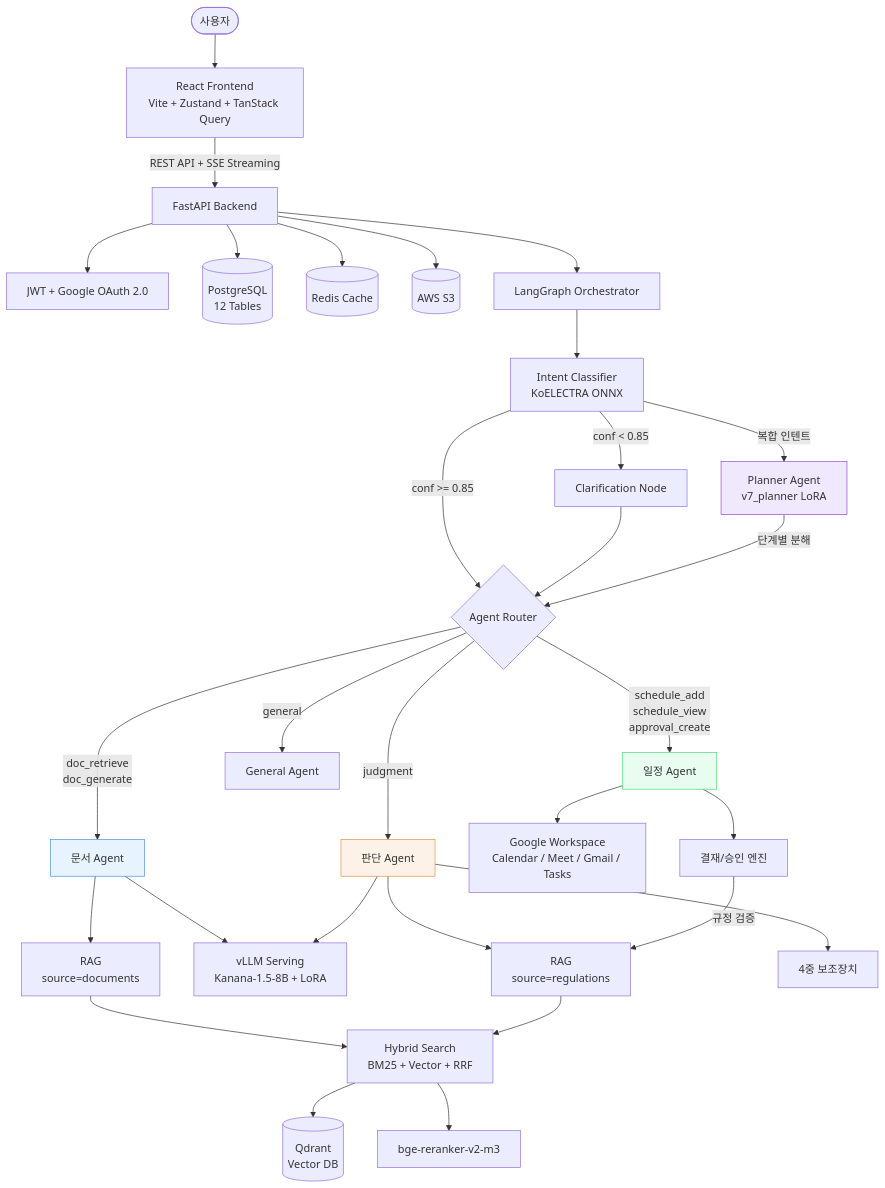
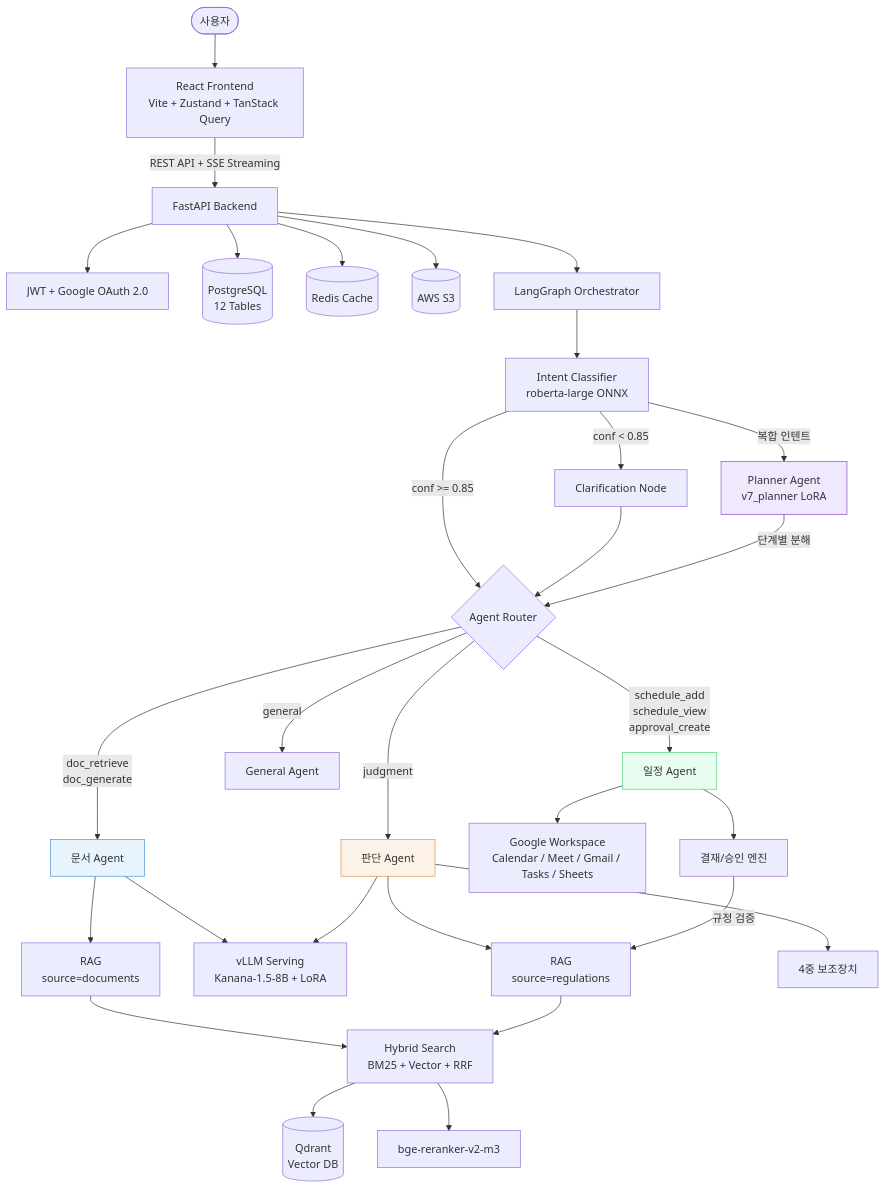
The first of 6 diagrams in README_FINAL.md (SKNETWORKS-FAMILY-AICAMP/SKN21-FINAL-3TEAM), drawn with Mermaid before and after one commit. The commit also changed other lines of this file and 1 other file, not shown here.

````diff
--- a/README_FINAL.md
+++ b/README_FINAL.md
@@ -163,47 +87,47 @@
 ```mermaid
 flowchart TB
     User([사용자]) --> FE[React Frontend<br/>Vite + Zustand + TanStack Query]
     FE -->|REST API + SSE Streaming| BE[FastAPI Backend]
 
     BE --> Auth[JWT + Google OAuth 2.0]
     BE --> DB[(PostgreSQL<br/>12 Tables)]
     BE --> Redis[(Redis Cache)]
     BE --> S3[(AWS S3)]
 
     BE --> Orch[LangGraph Orchestrator]
-    Orch --> Intent[Intent Classifier<br/>KoELECTRA ONNX]
+    Orch --> Intent[Intent Classifier<br/>roberta-large ONNX]
 
     Intent -->|conf >= 0.85| Router{Agent Router}
     Intent -->|conf < 0.85| Clarify[Clarification Node]
     Intent -->|복합 인텐트| Planner[Planner Agent<br/>v7_planner LoRA]
     Clarify --> Router
     Planner -->|단계별 분해| Router
 
     Router -->|doc_retrieve<br/>doc_generate| DocAgent[문서 Agent]
     Router -->|judgment| JudgeAgent[판단 Agent]
     Router -->|schedule_add<br/>schedule_view<br/>approval_create| SchedAgent[일정 Agent]
     Router -->|general| General[General Agent]
 
     DocAgent --> RAG_Doc[RAG<br/>source=documents]
     DocAgent --> vLLM
 
     JudgeAgent --> RAG_Reg[RAG<br/>source=regulations]
     JudgeAgent --> Guard[4중 보조장치]
     JudgeAgent --> vLLM
 
-    SchedAgent --> Google[Google Workspace<br/>Calendar / Meet / Gmail / Tasks]
+    SchedAgent --> Google[Google Workspace<br/>Calendar / Meet / Gmail / Tasks / Sheets]
     SchedAgent --> Approval[결재/승인 엔진]
     Approval -->|규정 검증| RAG_Reg
 
     RAG_Doc --> HybridSearch[Hybrid Search<br/>BM25 + Vector + RRF]
     RAG_Reg --> HybridSearch
     HybridSearch --> Qdrant[(Qdrant<br/>Vector DB)]
     HybridSearch --> Reranker[bge-reranker-v2-m3]
 
     vLLM[vLLM Serving<br/>Kanana-1.5-8B + LoRA]
 
     style DocAgent fill:#e8f4fd,stroke:#4a90d9
     style JudgeAgent fill:#fdf2e8,stroke:#d9944a
     style SchedAgent fill:#e8fdf0,stroke:#4ad97a
     style Planner fill:#f0e8fd,stroke:#944ad9
 ```
````
